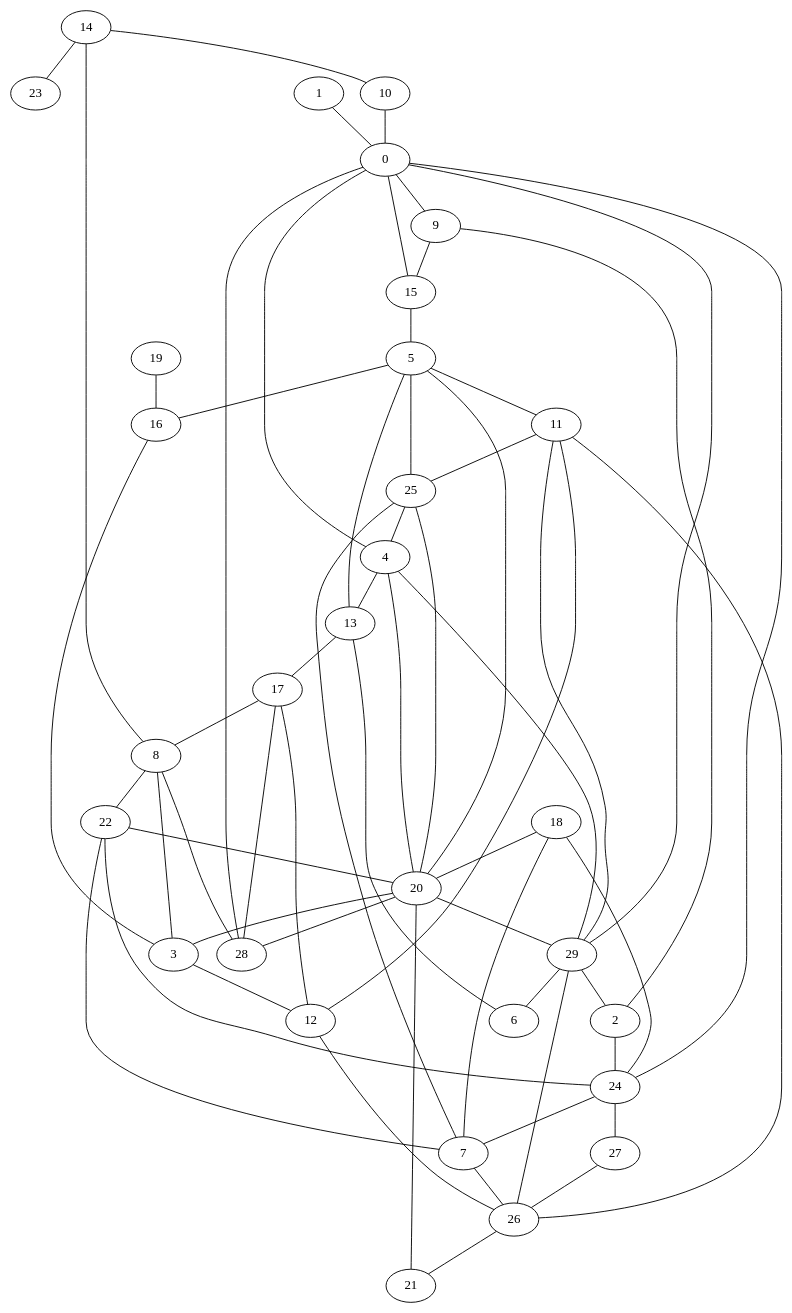
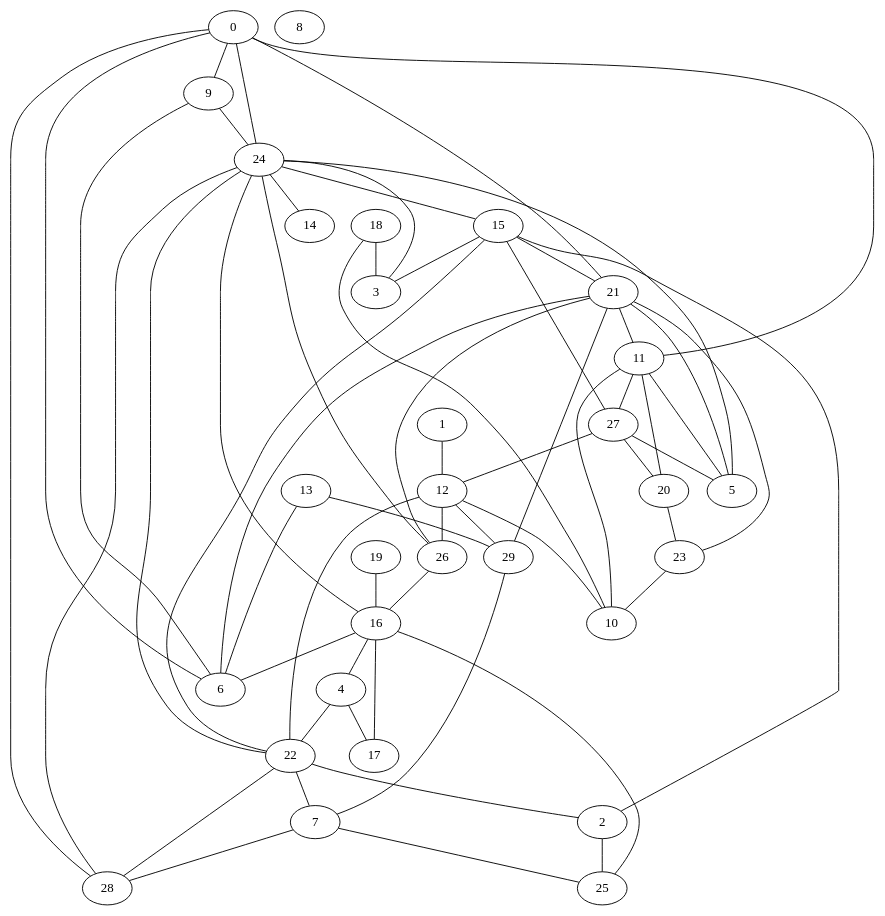
The diagram in grafos_dijkstra/erdos_30_original.gv (Hector-VP/Proyecto-3-Algoritmo-de-Dijkstra), drawn with Graphviz before and after one commit. The commit also changed 134 other files, not shown here.

```diff
--- a/grafos_dijkstra/erdos_30_original.gv
+++ b/grafos_dijkstra/erdos_30_original.gv
@@ -1,92 +1,92 @@
 graph G {
     0;
     1;
     2;
     3;
     4;
     5;
     6;
     7;
     8;
     9;
     10;
     11;
     12;
     13;
     14;
     15;
     16;
     17;
     18;
     19;
     20;
     21;
     22;
     23;
     24;
     25;
     26;
     27;
     28;
     29;
-    20 -- 3;
+    19 -- 16;
+    4 -- 22;
+    13 -- 29;
+    7 -- 28;
+    27 -- 12;
+    21 -- 11;
+    2 -- 25;
+    6 -- 0;
+    22 -- 12;
+    28 -- 0;
+    16 -- 6;
+    26 -- 24;
+    21 -- 5;
+    26 -- 21;
+    12 -- 29;
+    18 -- 3;
+    15 -- 3;
+    29 -- 7;
+    24 -- 15;
+    18 -- 10;
+    11 -- 20;
+    22 -- 7;
+    15 -- 21;
+    11 -- 27;
+    16 -- 17;
+    11 -- 0;
+    4 -- 17;
+    12 -- 10;
+    9 -- 6;
+    25 -- 16;
+    15 -- 22;
     13 -- 6;
-    11 -- 25;
-    16 -- 3;
-    18 -- 20;
+    23 -- 10;
+    11 -- 10;
+    29 -- 21;
+    27 -- 5;
+    7 -- 25;
+    12 -- 26;
+    9 -- 24;
     0 -- 9;
-    3 -- 12;
-    18 -- 24;
-    25 -- 5;
-    4 -- 13;
-    2 -- 9;
-    4 -- 0;
-    29 -- 26;
-    0 -- 15;
-    22 -- 7;
-    19 -- 16;
-    7 -- 25;
+    24 -- 14;
+    1 -- 12;
+    21 -- 6;
+    22 -- 2;
+    3 -- 24;
+    27 -- 15;
+    28 -- 22;
+    23 -- 21;
+    11 -- 5;
+    20 -- 23;
+    16 -- 24;
+    28 -- 24;
+    5 -- 24;
+    22 -- 24;
+    2 -- 15;
+    26 -- 16;
     0 -- 24;
-    12 -- 26;
-    12 -- 17;
-    14 -- 8;
-    5 -- 11;
-    2 -- 24;
-    14 -- 10;
-    27 -- 26;
-    25 -- 4;
-    4 -- 29;
-    28 -- 17;
-    22 -- 20;
-    12 -- 11;
-    29 -- 0;
-    24 -- 7;
-    8 -- 22;
-    8 -- 28;
-    26 -- 21;
-    29 -- 2;
-    13 -- 17;
-    9 -- 15;
-    26 -- 11;
-    4 -- 20;
-    24 -- 27;
-    10 -- 0;
-    20 -- 29;
-    8 -- 3;
-    18 -- 7;
-    7 -- 26;
-    5 -- 13;
-    1 -- 0;
-    11 -- 29;
-    22 -- 24;
-    20 -- 25;
-    14 -- 23;
-    0 -- 28;
-    29 -- 6;
-    17 -- 8;
-    5 -- 16;
-    20 -- 28;
-    5 -- 20;
-    20 -- 21;
-    15 -- 5;
+    16 -- 4;
+    21 -- 0;
+    27 -- 20;
 }
```
